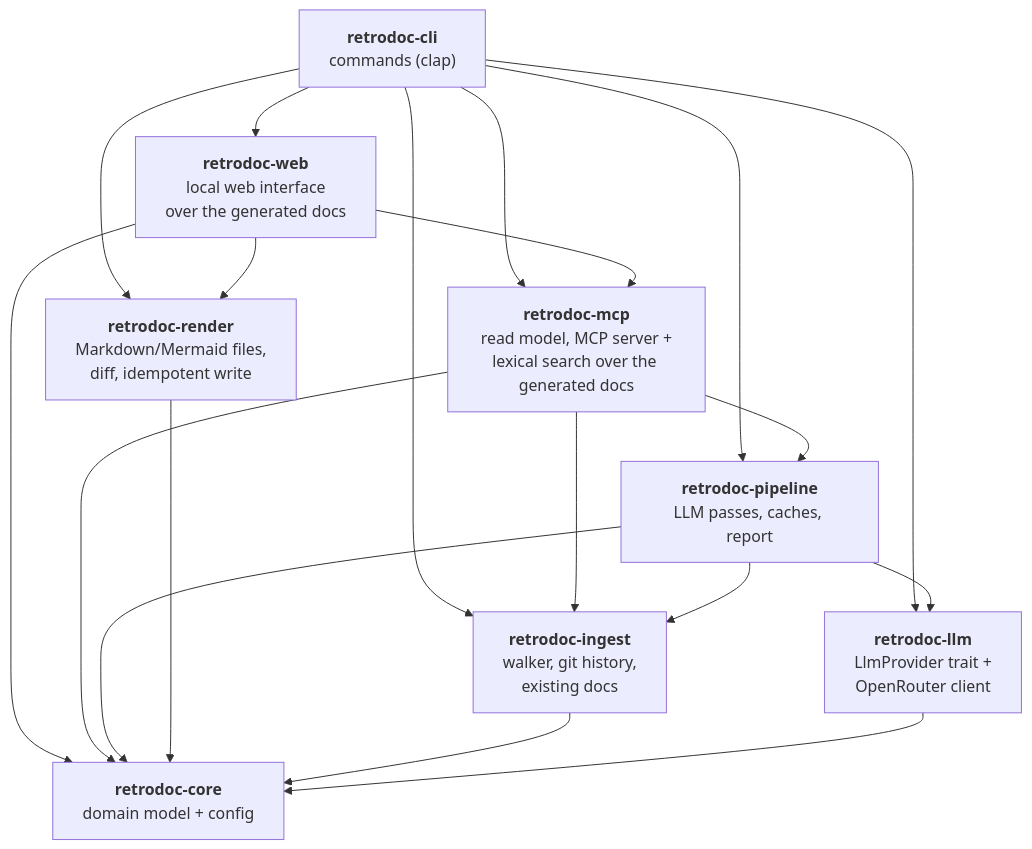
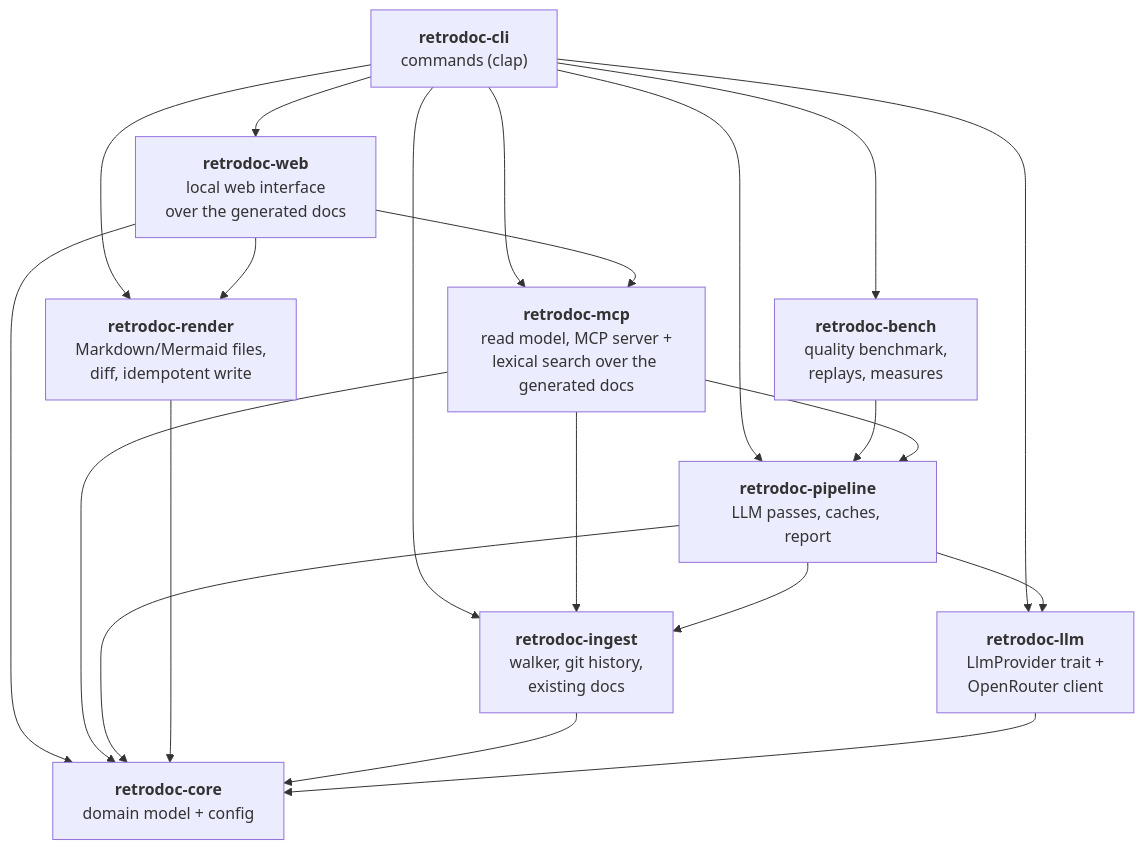
Before and after one commit to Electron-libre/RetroDoc: the second of 9 diagrams in docs/ARCHITECTURE.md, drawn with Mermaid. The commit also changed other lines of this file and 8 other files, not shown here.

First line of the commit message:
docs: describe the retrodoc-bench crate

````diff
--- a/docs/ARCHITECTURE.md
+++ b/docs/ARCHITECTURE.md
@@ -27,30 +27,33 @@
 ```mermaid
 flowchart TD
     cli["<b>retrodoc-cli</b><br/>commands (clap)"]
     pipe["<b>retrodoc-pipeline</b><br/>LLM passes, caches, report"]
     render["<b>retrodoc-render</b><br/>Markdown/Mermaid files,<br/>diff, idempotent write"]
     mcp["<b>retrodoc-mcp</b><br/>read model, MCP server +<br/>lexical search over the generated docs"]
+    bench["<b>retrodoc-bench</b><br/>quality benchmark,<br/>replays, measures"]
     web["<b>retrodoc-web</b><br/>local web interface<br/>over the generated docs"]
     ingest["<b>retrodoc-ingest</b><br/>walker, git history,<br/>existing docs"]
     llm["<b>retrodoc-llm</b><br/>LlmProvider trait +<br/>OpenRouter client"]
     core["<b>retrodoc-core</b><br/>domain model + config"]
 
     cli --> pipe
     cli --> render
     cli --> ingest
     cli --> llm
     cli --> mcp
     cli --> web
+    cli --> bench
+    bench --> pipe
     web --> mcp
     web --> render
     web --> core
     mcp --> pipe
     mcp --> ingest
     mcp --> core
     pipe --> ingest
     pipe --> llm
     pipe --> core
     render --> core
     ingest --> core
     llm --> core
 ```
````
